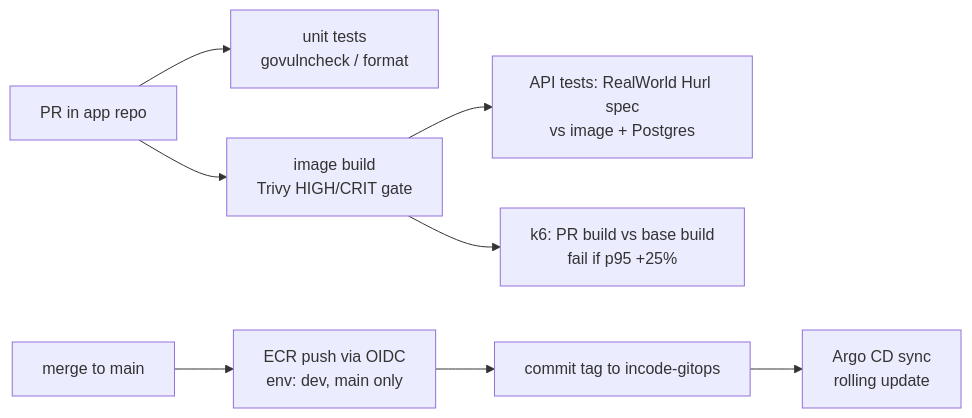
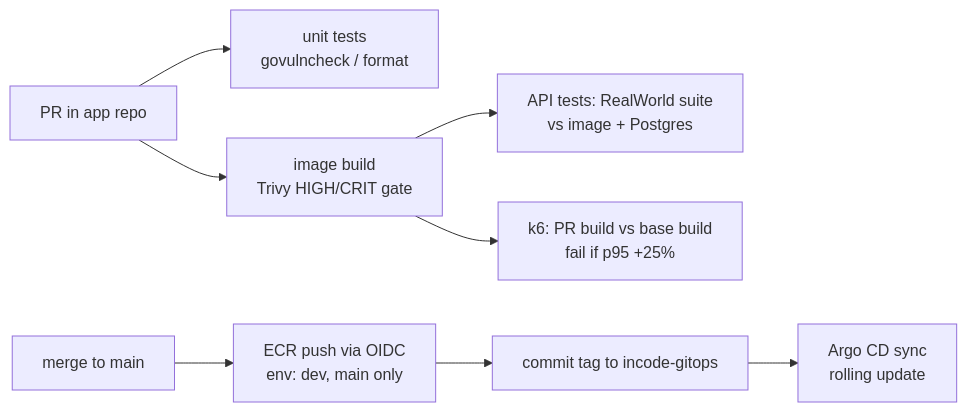
The second of 2 diagrams in README.md (dwanbryant-devops/incode-platform), drawn with Mermaid before and after one commit. The commit also changed other lines of this file, not shown here.

Commit message:
README: API test suite pinning and spec-v2 gap

````diff
--- a/README.md
+++ b/README.md
@@ -121,10 +121,10 @@
 ```mermaid
 flowchart LR
   pr[PR in app repo] --> t[unit tests<br/>govulncheck / format]
   pr --> i[image build<br/>Trivy HIGH/CRIT gate]
-  i --> at[API tests: RealWorld Hurl spec<br/>vs image + Postgres]
+  i --> at[API tests: RealWorld suite<br/>vs image + Postgres]
   i --> perf[k6: PR build vs base build<br/>fail if p95 +25%]
   merge[merge to main] --> push[ECR push via OIDC<br/>env: dev, main only]
   push --> bump[commit tag to incode-gitops]
   bump --> argo[Argo CD sync<br/>rolling update]
 ```
````
